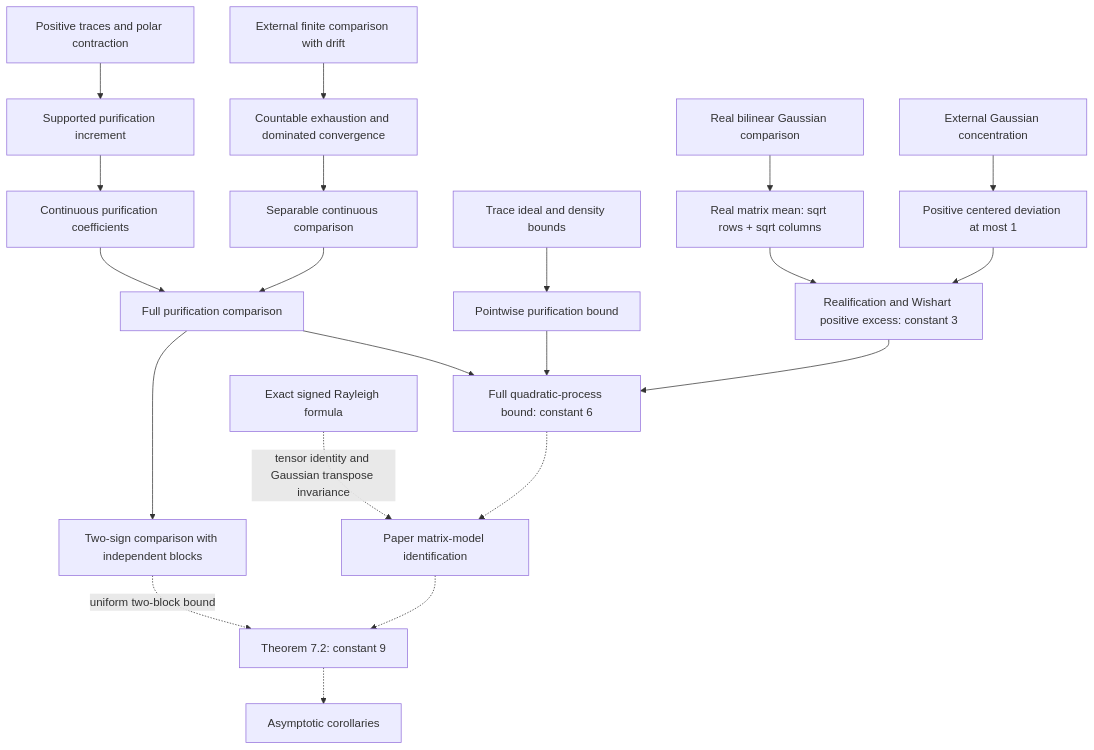
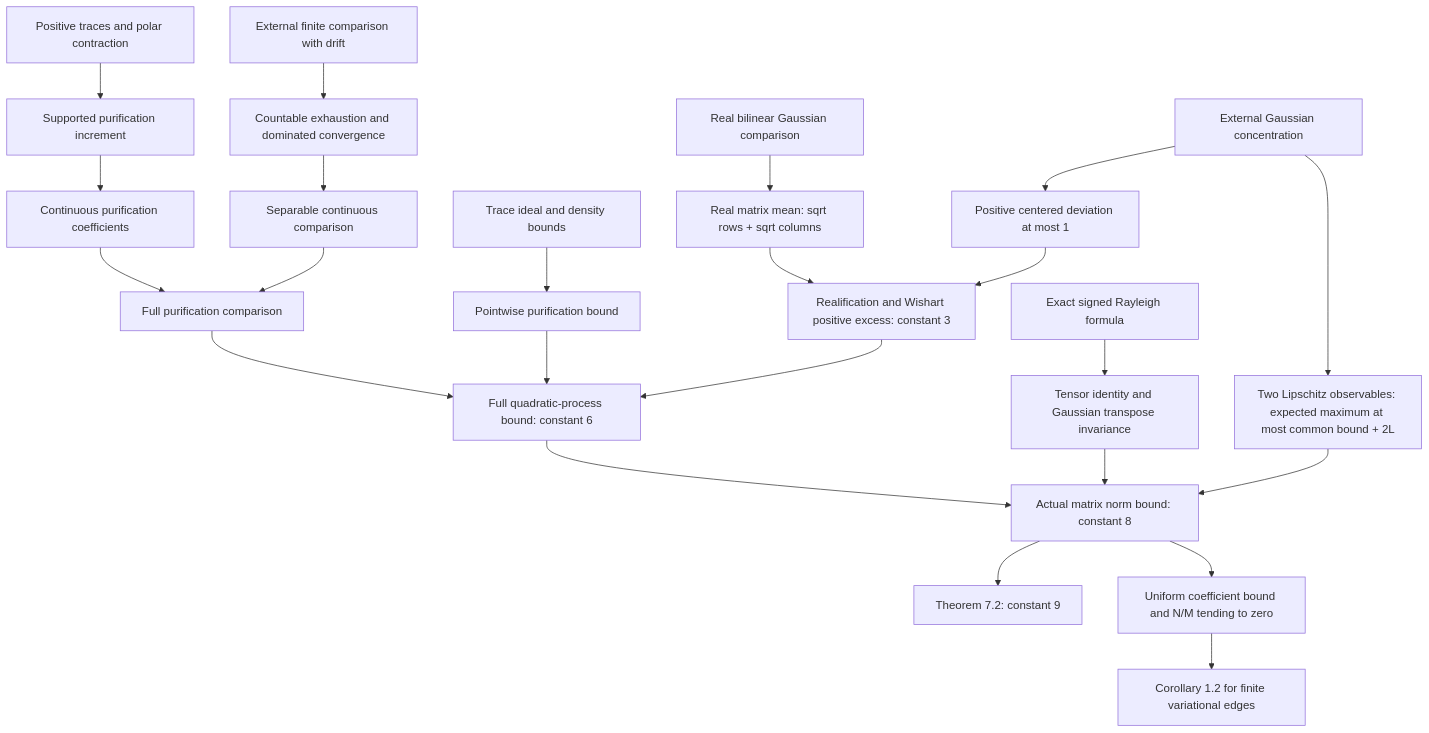
One commit to T1mberland/lean-arxiv2606.21137 changed the diagram in docs/FORMALIZATION.md. Above: the diagram before and after it, drawn with Mermaid. The commit also changed other lines of this file and 16 other files, not shown here.

Commit message:
Prove Theorem 7.2 for the GUE matrix model and its spectral and asymptotic bounds

````diff
--- a/docs/FORMALIZATION.md
+++ b/docs/FORMALIZATION.md
@@ -195,23 +252,25 @@
 ```mermaid
 flowchart TD
   F[Positive traces and polar contraction] --> P[Supported purification increment]
   P --> C[Continuous purification coefficients]
   SF[External finite comparison with drift] --> CS[Countable exhaustion and dominated convergence]
   CS --> SFULL[Separable continuous comparison]
   C --> FULL[Full purification comparison]
   SFULL --> FULL
-  FULL --> SIGN[Two-sign comparison with independent blocks]
   T[Trace ideal and density bounds] --> B[Pointwise purification bound]
   RG[Real bilinear Gaussian comparison] --> RM[Real matrix mean: sqrt rows + sqrt columns]
   LSI[External Gaussian concentration] --> EP[Positive centered deviation at most 1]
   RM --> W[Realification and Wishart positive excess: constant 3]
   EP --> W
   W --> U[Full quadratic-process bound: constant 6]
   B --> U
   FULL --> U
-  R[Exact signed Rayleigh formula] -. tensor identity and Gaussian transpose invariance .-> H[Paper matrix-model identification]
-  U -.-> H
-  SIGN -. uniform two-block bound .-> MAIN[Theorem 7.2: constant 9]
-  H -.-> MAIN
-  MAIN -.-> AS[Asymptotic corollaries]
+  R[Exact signed Rayleigh formula] --> H[Tensor identity and Gaussian transpose invariance]
+  U --> MAIN8[Actual matrix norm bound: constant 8]
+  H --> MAIN8
+  LSI --> MAX[Two Lipschitz observables: expected maximum at most common bound + 2L]
+  MAX --> MAIN8
+  MAIN8 --> MAIN[Theorem 7.2: constant 9]
+  MAIN8 --> AS[Uniform coefficient bound and N/M tending to zero]
+  AS --> COR[Corollary 1.2 for finite variational edges]
 ```
````
